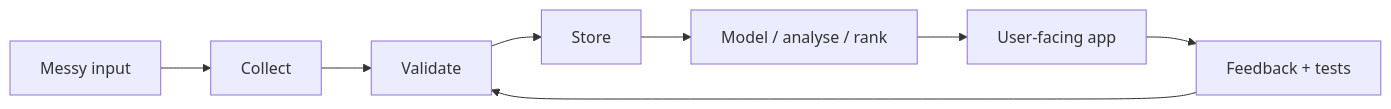
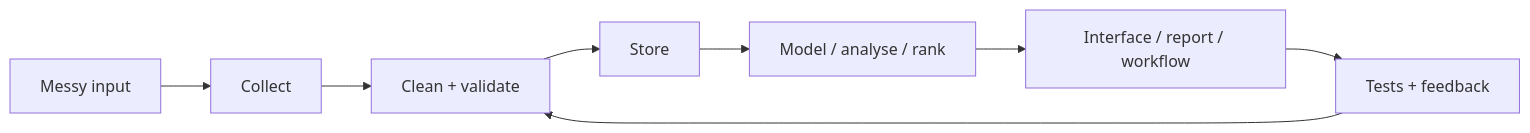
Before and after one commit to MatthewPaver/MatthewPaver: the diagram in README.md, drawn with Mermaid. The commit also changed other lines of this file and 2 other files, not shown here.

````diff
--- a/README.md
+++ b/README.md
@@ -178,10 +145,10 @@
 ```mermaid
 flowchart LR
     A["Messy input"] --> B["Collect"]
-    B --> C["Validate"]
+    B --> C["Clean + validate"]
     C --> D["Store"]
     D --> E["Model / analyse / rank"]
-    E --> F["User-facing app"]
-    F --> G["Feedback + tests"]
+    E --> F["Interface / report / workflow"]
+    F --> G["Tests + feedback"]
     G --> C
 ```
````
